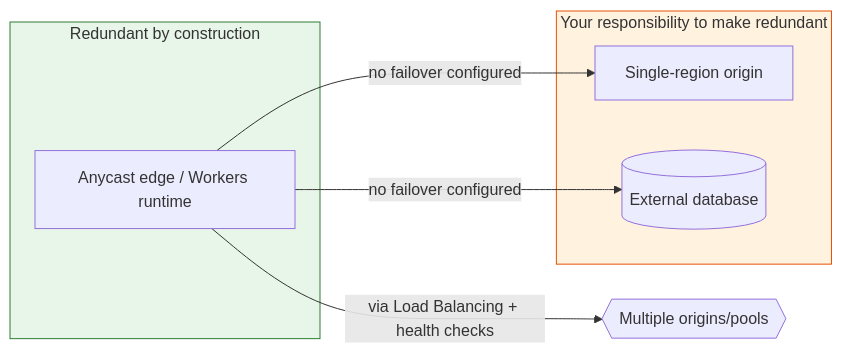
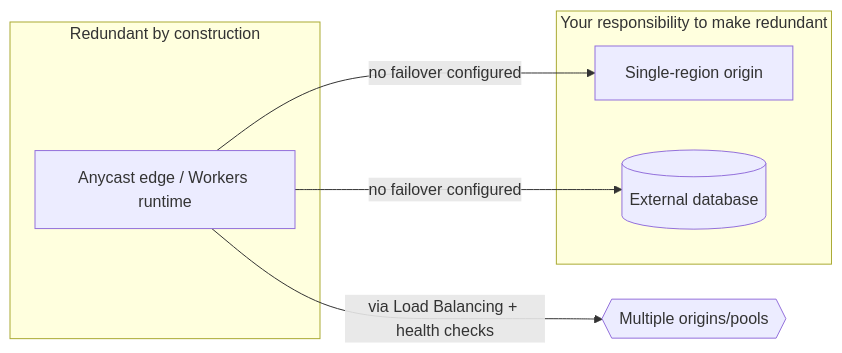
The diagram in docs/pillars/reliability.md (kevinevans1/cloudflare-well-architected), drawn with Mermaid before and after one commit. The commit also changed 5 other files, not shown here.

Commit message:
Remove hardcoded Mermaid node colors causing readability issues; let diagrams use Material's theme-aware rendering

````diff
--- a/docs/pillars/reliability.md
+++ b/docs/pillars/reliability.md
@@ -11,16 +11,14 @@
 ```mermaid
 flowchart LR
     subgraph Redundant["Redundant by construction"]
         Edge[Anycast edge / Workers runtime]
     end
     subgraph Your["Your responsibility to make redundant"]
         Origin[Single-region origin]
         DB[(External database)]
     end
     Edge -->|no failover configured| Origin
     Edge -->|no failover configured| DB
     Edge -->|via Load Balancing + health checks| LB{{Multiple origins/pools}}
 
-    style Redundant fill:#e8f5e9,stroke:#2e7d32,stroke-width:1px
-    style Your fill:#fff3e0,stroke:#e65100,stroke-width:1px
 ```
````
